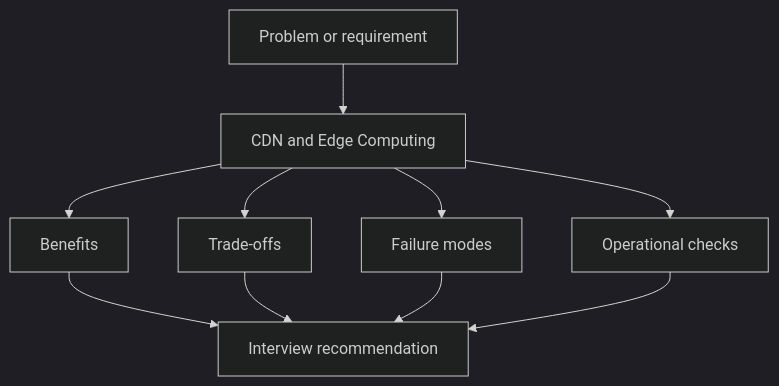
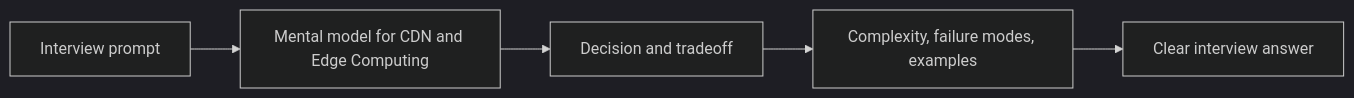
Before and after one commit to abstractinterviews/abstractinterviews.github.io: the second of 2 diagrams in components/cdn/index.md, drawn with Mermaid (dark theme). The commit also changed other lines of this file and 278 other files, not shown here.

````diff
--- a/components/cdn/index.md
+++ b/components/cdn/index.md
@@ -146,12 +166,7 @@
-~~~mermaid
-flowchart TD
-    Problem["Problem or requirement"] --> Concept["CDN and Edge Computing"]
-    Concept --> Benefits["Benefits"]
-    Concept --> Tradeoffs["Trade-offs"]
-    Concept --> FailureModes["Failure modes"]
-    Concept --> Operations["Operational checks"]
-    Benefits --> Decision["Interview recommendation"]
-    Tradeoffs --> Decision
-    FailureModes --> Decision
-    Operations --> Decision
-~~~
+```mermaid
+flowchart LR
+    Problem["Interview prompt"] --> Model["Mental model for CDN and Edge Computing"]
+    Model --> Choice["Decision and tradeoff"]
+    Choice --> Evidence["Complexity, failure modes, examples"]
+    Evidence --> Answer["Clear interview answer"]
+```
````
